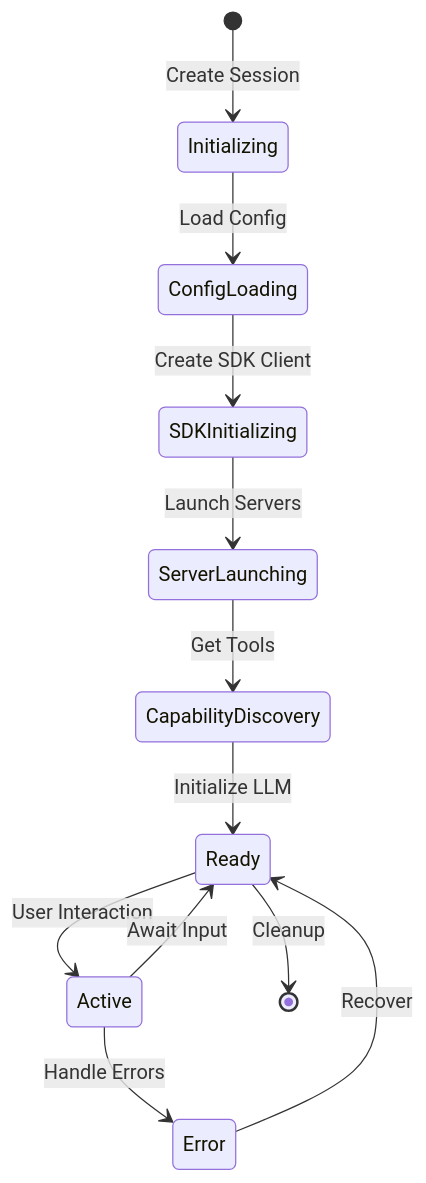
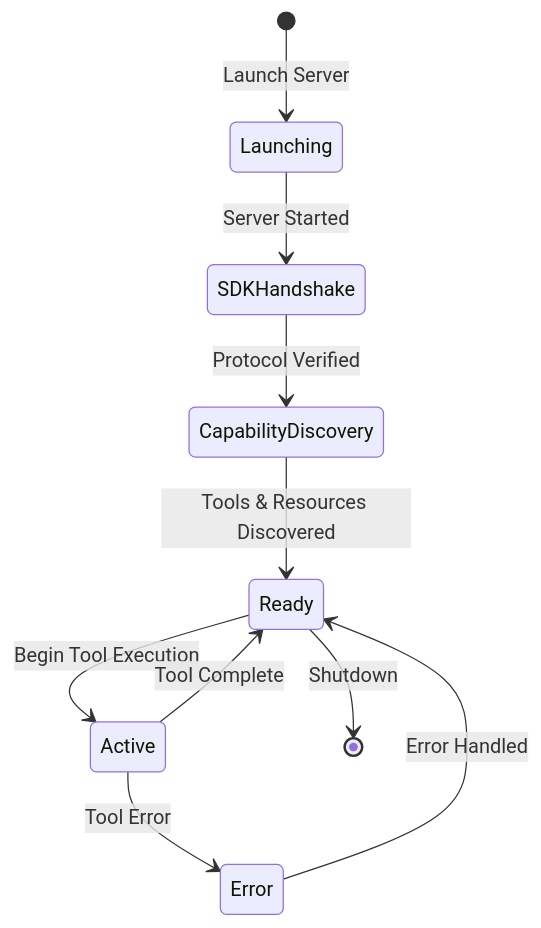
One commit to RinardNick/client_mcp changed the second of 4 diagrams in dataflow.md. Above: the diagram before and after it, drawn with Mermaid. The commit also changed other lines of this file and 2 other files, not shown here.

````diff
--- a/dataflow.md
+++ b/dataflow.md
@@ -117,14 +117,12 @@
 ```mermaid
 stateDiagram-v2
-    [*] --> Initializing: Create Session
-    Initializing --> ConfigLoading: Load Config
-    ConfigLoading --> SDKInitializing: Create SDK Client
-    SDKInitializing --> ServerLaunching: Launch Servers
-    ServerLaunching --> CapabilityDiscovery: Get Tools
-    CapabilityDiscovery --> Ready: Initialize LLM
-    Ready --> Active: User Interaction
-    Active --> Ready: Await Input
-    Active --> Error: Handle Errors
-    Error --> Ready: Recover
-    Ready --> [*]: Cleanup
+    [*] --> Launching: Launch Server
+    Launching --> SDKHandshake: Server Started
+    SDKHandshake --> CapabilityDiscovery: Protocol Verified
+    CapabilityDiscovery --> Ready: Tools & Resources Discovered
+    Ready --> Active: Begin Tool Execution
+    Active --> Ready: Tool Complete
+    Active --> Error: Tool Error
+    Error --> Ready: Error Handled
+    Ready --> [*]: Shutdown
 ```
````
